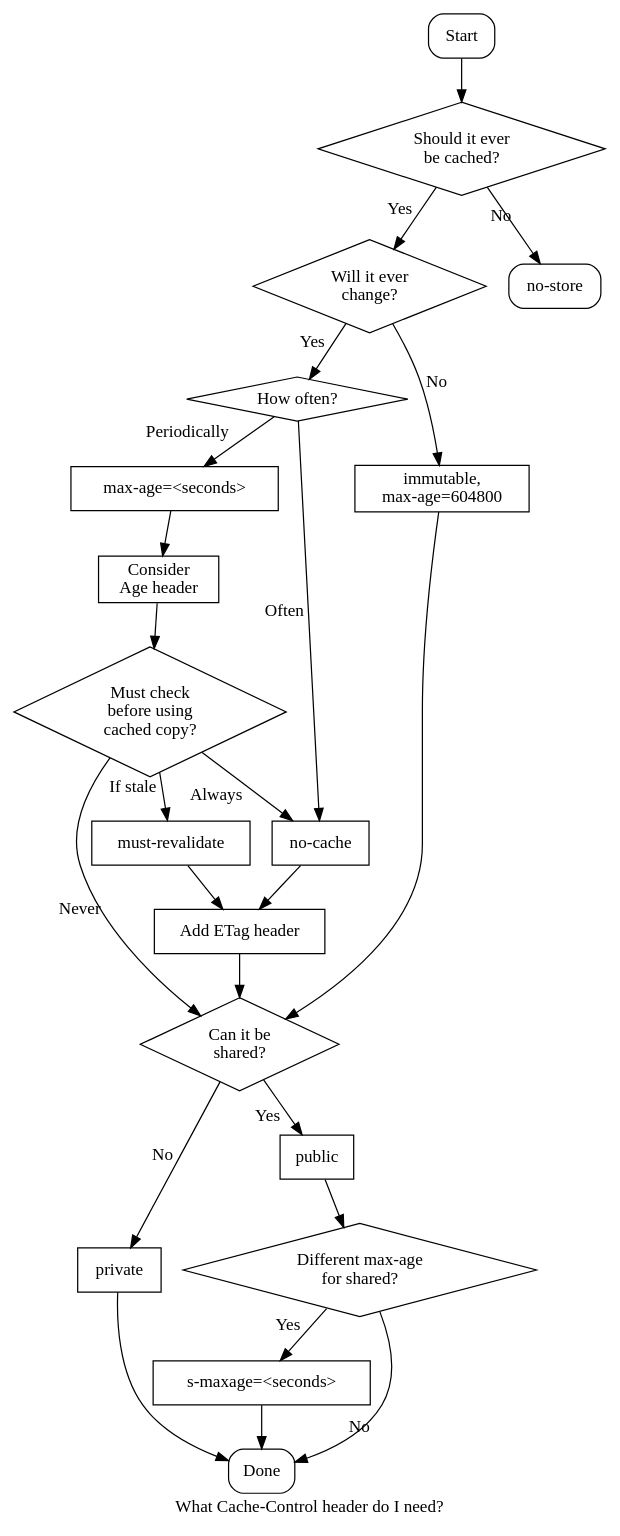
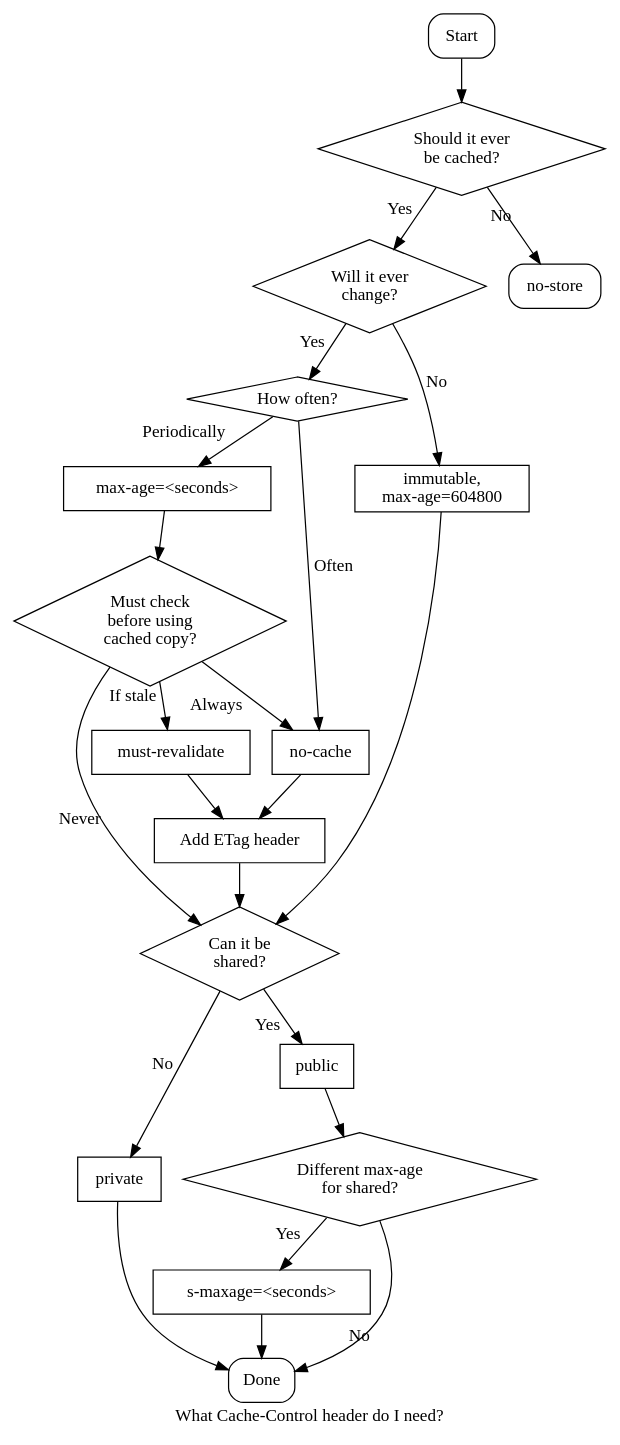
One commit to NeilMadden/cache-control-flowchart changed the diagram in cache-flowchart.dot. Above: the diagram before and after it, drawn with Graphviz. The commit also changed 2 other files, not shown here.

Commit message:
Remove Age header reference

```diff
--- a/cache-flowchart.dot
+++ b/cache-flowchart.dot
@@ -1,59 +1,57 @@
 digraph {
     label="What Cache-Control header do I need?"
 
     start[shape="box", style=rounded,label="Start"];
 
     // Decisions
     caching_allowed[shape="diamond", style="", label="Should it ever\nbe cached?"];
     shared_cache_allowed[shape="diamond", style="", label="Can it be\nshared?"];
     shared_max_age_required[shape="diamond", style="", label="Different max-age\nfor shared?"];
     cache_forever[shape="diamond", style="", label="Will it ever\nchange?"];
     require_revalidation[shape="diamond", style="", label="Must check\nbefore using\ncached copy?"];
     how_often[shape="diamond", style="", label="How often?"];
 
     // Intermediate outputs
     private[shape="box", label="private"];
     public[shape="box", label="public"];
     maxage[shape="box", label="max-age=<seconds>"];
     s_maxage[shape="box" label="s-maxage=<seconds>"];
     immutable[shape="box", label="immutable,\nmax-age=604800"];
     no_cache[shape="box", label="no-cache"];
     must_revalidate[shape="box", label="must-revalidate"];
     etag[shape="box", label="Add ETag header"];
-    age[shape="box", label="Consider\nAge header"];
 
     // Terminals
     no_store[shape="box", style=rounded, label="no-store"];
     done[shape="box", style=rounded, label="Done"];
 
     start -> caching_allowed;
     caching_allowed -> no_store [xlabel="No"];
     caching_allowed -> cache_forever [xlabel="Yes"];
     cache_forever -> how_often[xlabel="Yes"];
     cache_forever -> immutable[xlabel="No"];
 
     how_often -> no_cache[xlabel="Often"];
     how_often -> maxage[xlabel="Periodically"];
 
-    maxage -> age;
-    age -> require_revalidation;
+    maxage -> require_revalidation;
     require_revalidation -> must_revalidate[xlabel="If stale"];
     require_revalidation -> no_cache[xlabel="Always"];
     require_revalidation -> shared_cache_allowed[xlabel="Never"];
 
     must_revalidate -> etag;
     no_cache -> etag;
     etag -> shared_cache_allowed;
     immutable -> shared_cache_allowed;
 
     shared_cache_allowed -> private [xlabel="No"];
     shared_cache_allowed -> public [xlabel="Yes"];
 
     public -> shared_max_age_required;
     shared_max_age_required -> s_maxage[xlabel="Yes"];
 
     private -> done;
     s_maxage -> done;
     shared_max_age_required -> done[xlabel="No"];
     
 }
```
